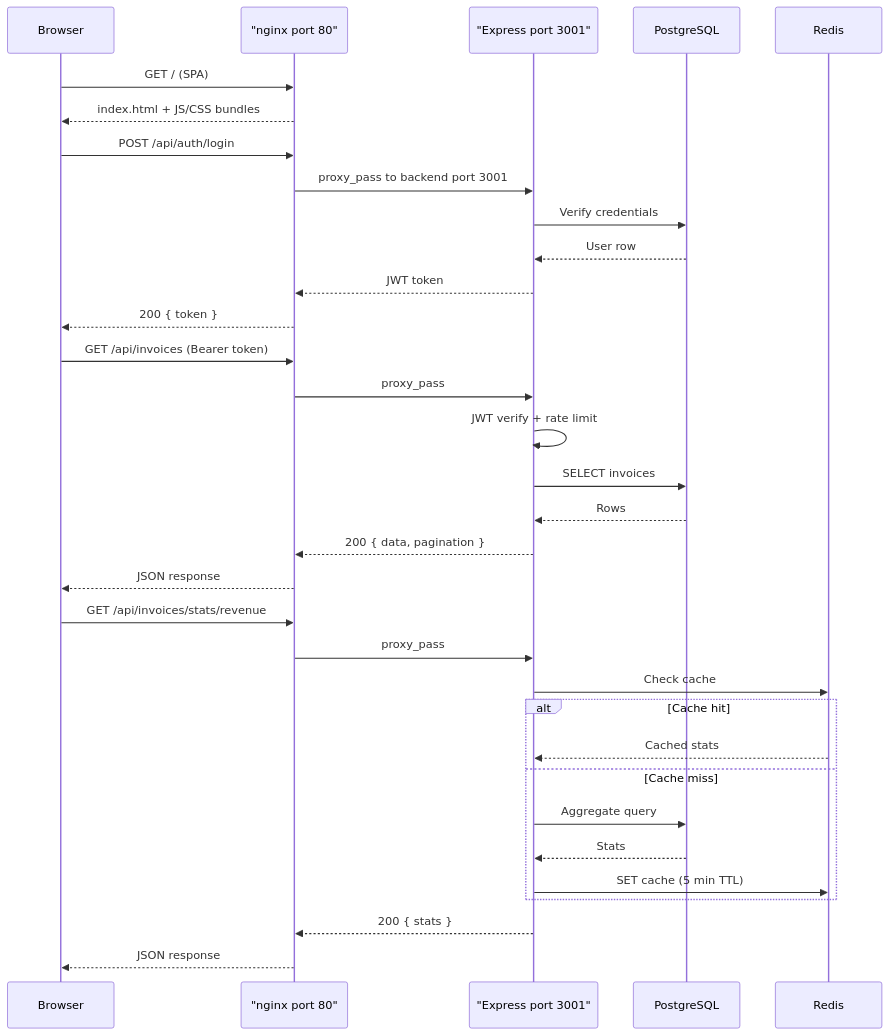
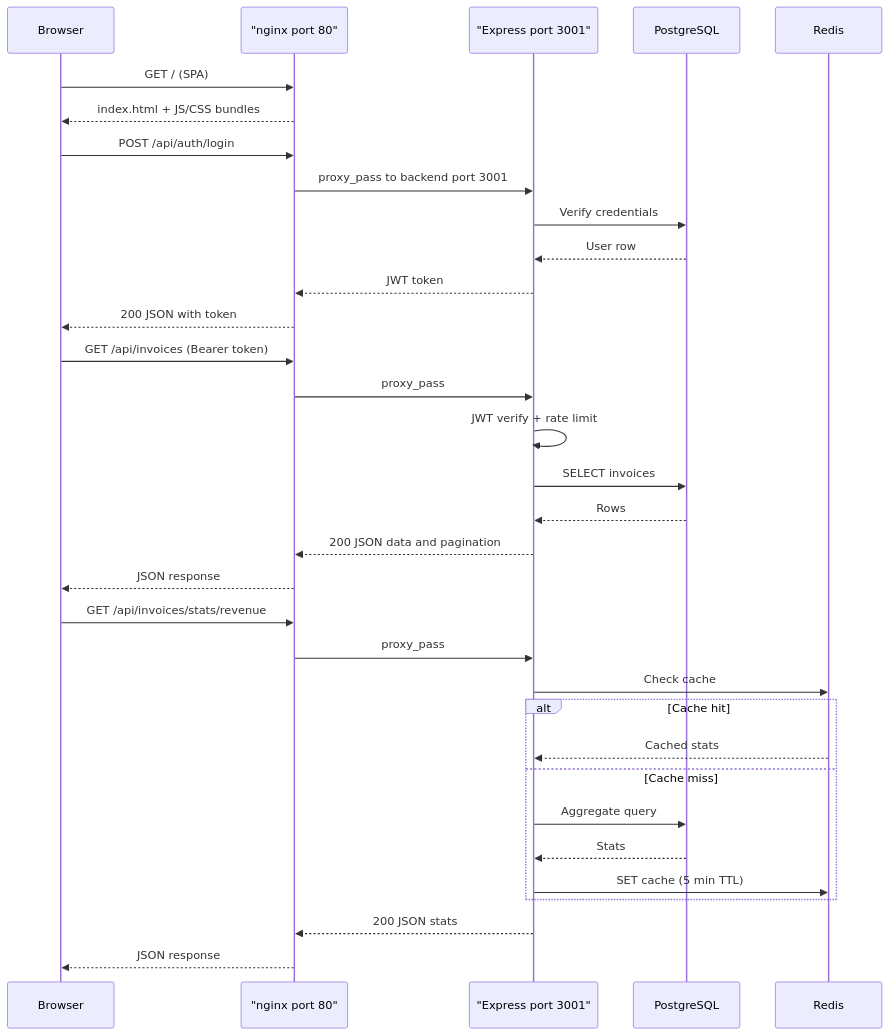
Before and after one commit to becomeonewiththecode/invoicing: the third of 6 diagrams in docs/architecture.md, drawn with Mermaid. The commit also changed other lines of this file, not shown here.

First line of the commit message:
docs: fix GitHub Mermaid parsing in architecture sequence diagrams

````diff
--- a/docs/architecture.md
+++ b/docs/architecture.md
@@ -139,39 +139,39 @@
 ```mermaid
 sequenceDiagram
     participant B as Browser
     participant N as "nginx port 80"
     participant E as "Express port 3001"
     participant PG as PostgreSQL
     participant RD as Redis
 
     B->>N: GET / (SPA)
     N-->>B: index.html + JS/CSS bundles
 
     B->>N: POST /api/auth/login
     N->>E: proxy_pass to backend port 3001
     E->>PG: Verify credentials
     PG-->>E: User row
     E-->>N: JWT token
-    N-->>B: 200 { token }
+    N-->>B: 200 JSON with token
 
     B->>N: GET /api/invoices (Bearer token)
     N->>E: proxy_pass
     E->>E: JWT verify + rate limit
     E->>PG: SELECT invoices
     PG-->>E: Rows
-    E-->>N: 200 { data, pagination }
+    E-->>N: 200 JSON data and pagination
     N-->>B: JSON response
 
     B->>N: GET /api/invoices/stats/revenue
     N->>E: proxy_pass
     E->>RD: Check cache
     alt Cache hit
         RD-->>E: Cached stats
     else Cache miss
         E->>PG: Aggregate query
         PG-->>E: Stats
         E->>RD: SET cache (5 min TTL)
     end
-    E-->>N: 200 { stats }
+    E-->>N: 200 JSON stats
     N-->>B: JSON response
 ```
````
